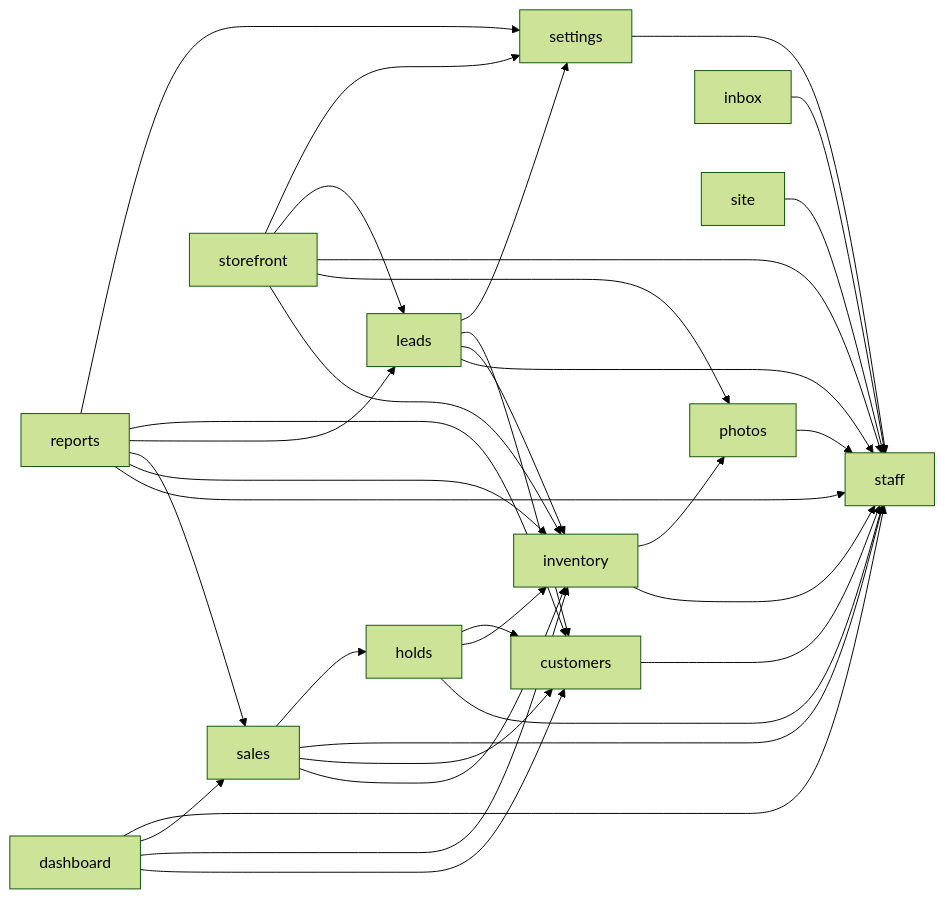
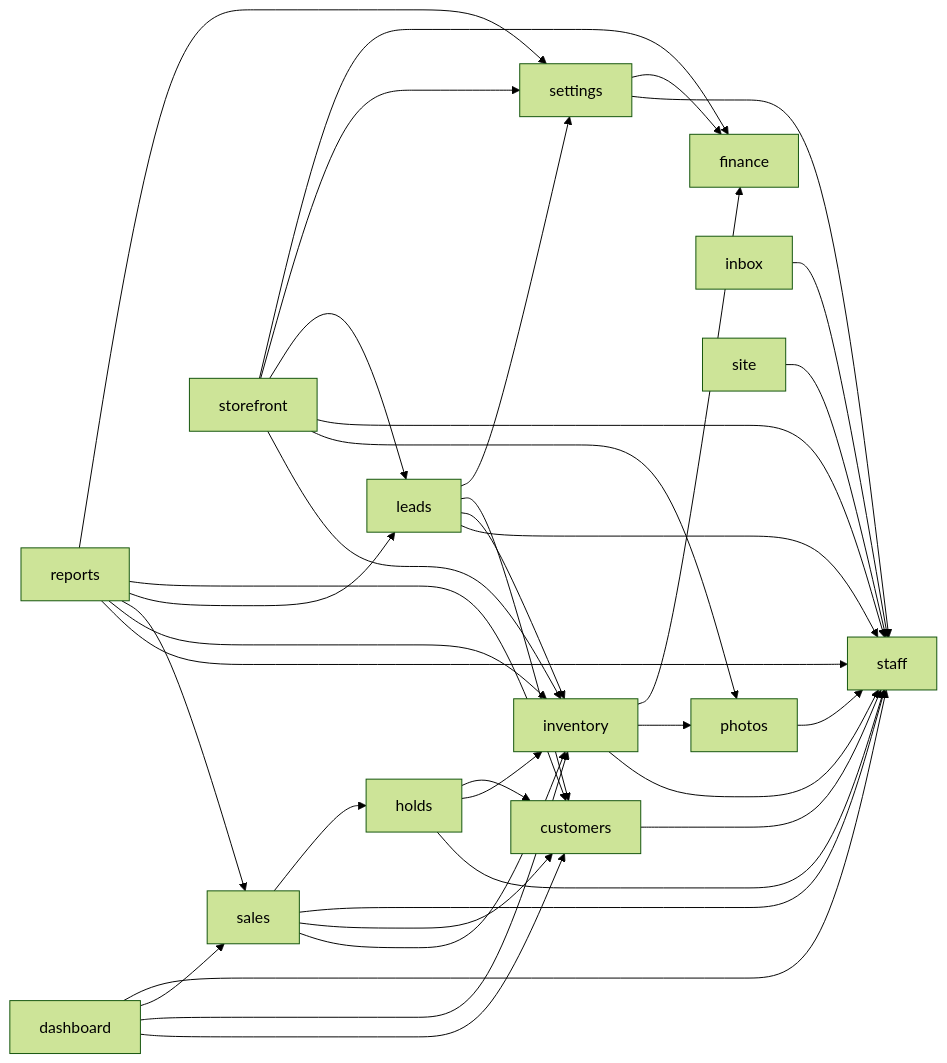
The diagram in docs/wiki/README.md (Ignibyte/aic-demo), drawn with Mermaid (forest theme) before and after one commit. The commit also changed other lines of this file and 83 other files, not shown here.

````diff
--- a/docs/wiki/README.md
+++ b/docs/wiki/README.md
@@ -80,37 +81,41 @@
 ```mermaid
 graph LR
     staff
     customers --> staff
     photos --> staff
+    finance
     inventory --> staff
     inventory --> photos
+    inventory --> finance
     holds --> staff
     holds --> inventory
     holds --> customers
     sales --> inventory
     sales --> customers
     sales --> staff
     sales --> holds
     dashboard --> customers
     dashboard --> inventory
     dashboard --> sales
     dashboard --> staff
     inbox --> staff
     settings --> staff
+    settings --> finance
     leads --> staff
     leads --> inventory
     leads --> customers
     leads --> settings
     reports --> staff
     reports --> inventory
     reports --> sales
     reports --> leads
     reports --> customers
     reports --> settings
     site --> staff
     storefront --> inventory
     storefront --> photos
     storefront --> staff
     storefront --> leads
     storefront --> settings
+    storefront --> finance
 ```
````
